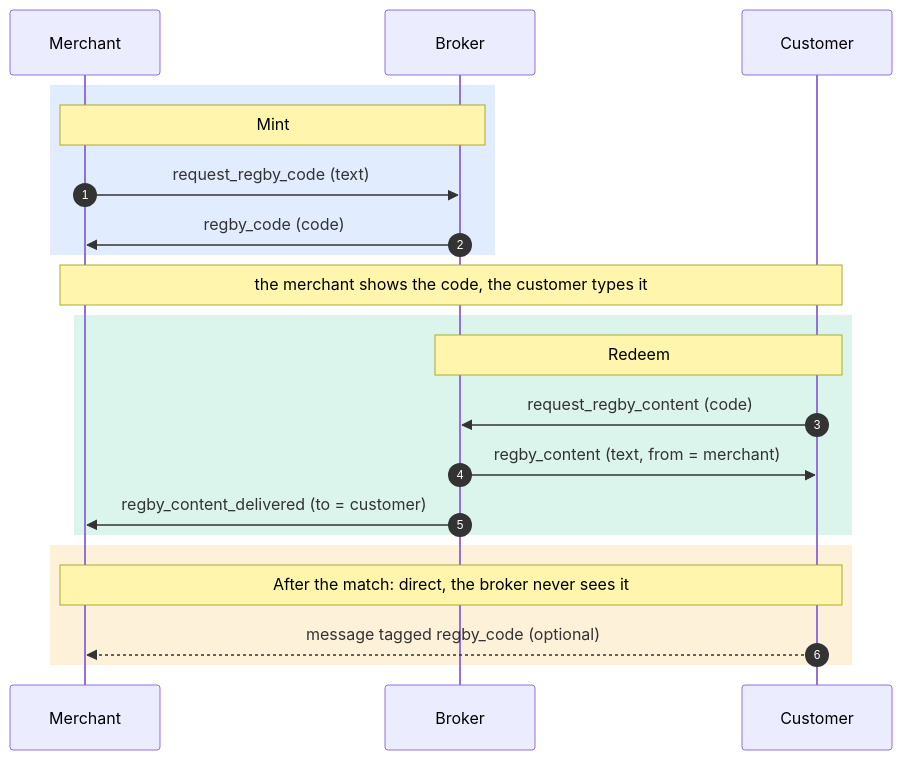
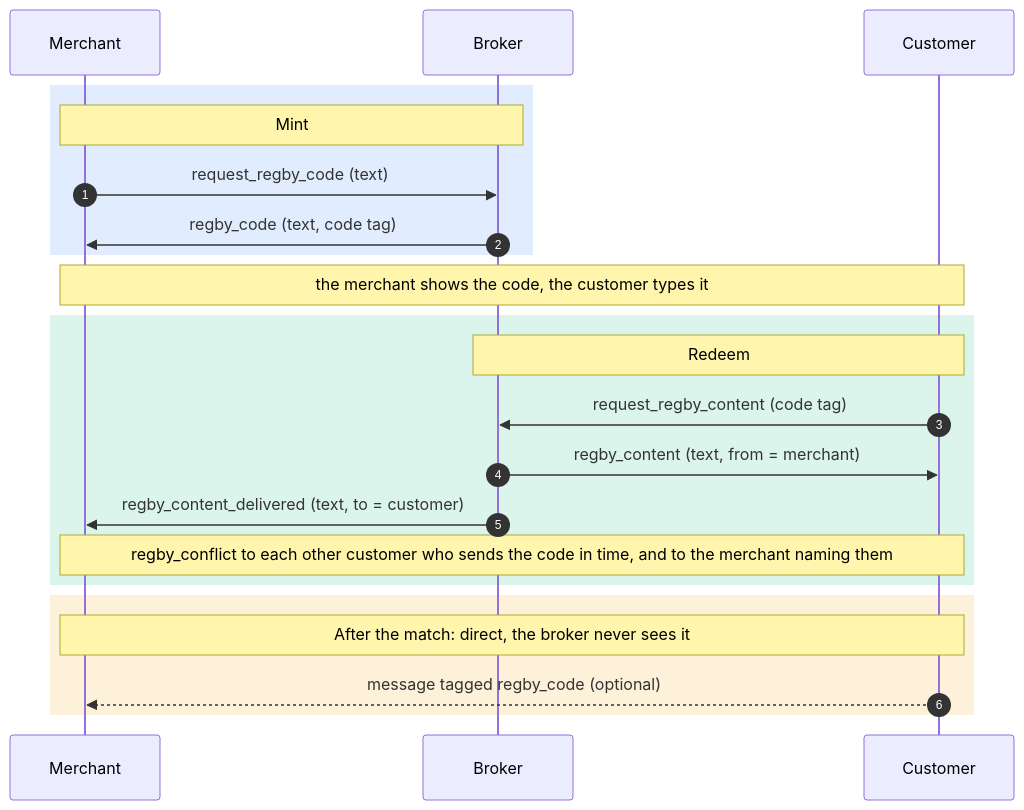
The diagram in README.md (ZenTenApp/regby-middleware), drawn with Mermaid before and after one commit. The commit also changed other lines of this file and 14 other files, not shown here.

First line of the commit message:
feat(regby)!: carry the code only in its tag and flag conflicts

````diff
--- a/README.md
+++ b/README.md
@@ -11,23 +11,24 @@
 ```mermaid
 sequenceDiagram
     autonumber
     participant M as Merchant
     participant B as Broker
     participant C as Customer
     rect rgba(59, 130, 246, 0.15)
     Note over M,B: Mint
     M->>B: request_regby_code (text)
-    B->>M: regby_code (code)
+    B->>M: regby_code (text, code tag)
     end
     Note over M,C: the merchant shows the code, the customer types it
     rect rgba(16, 185, 129, 0.15)
     Note over B,C: Redeem
-    C->>B: request_regby_content (code)
+    C->>B: request_regby_content (code tag)
     B->>C: regby_content (text, from = merchant)
-    B->>M: regby_content_delivered (to = customer)
+    B->>M: regby_content_delivered (text, to = customer)
+    Note over M,C: regby_conflict to each other customer who sends the code in time, and to the merchant naming them
     end
     rect rgba(245, 158, 11, 0.15)
     Note over M,C: After the match: direct, the broker never sees it
     C-->>M: message tagged regby_code (optional)
     end
 ```
````
